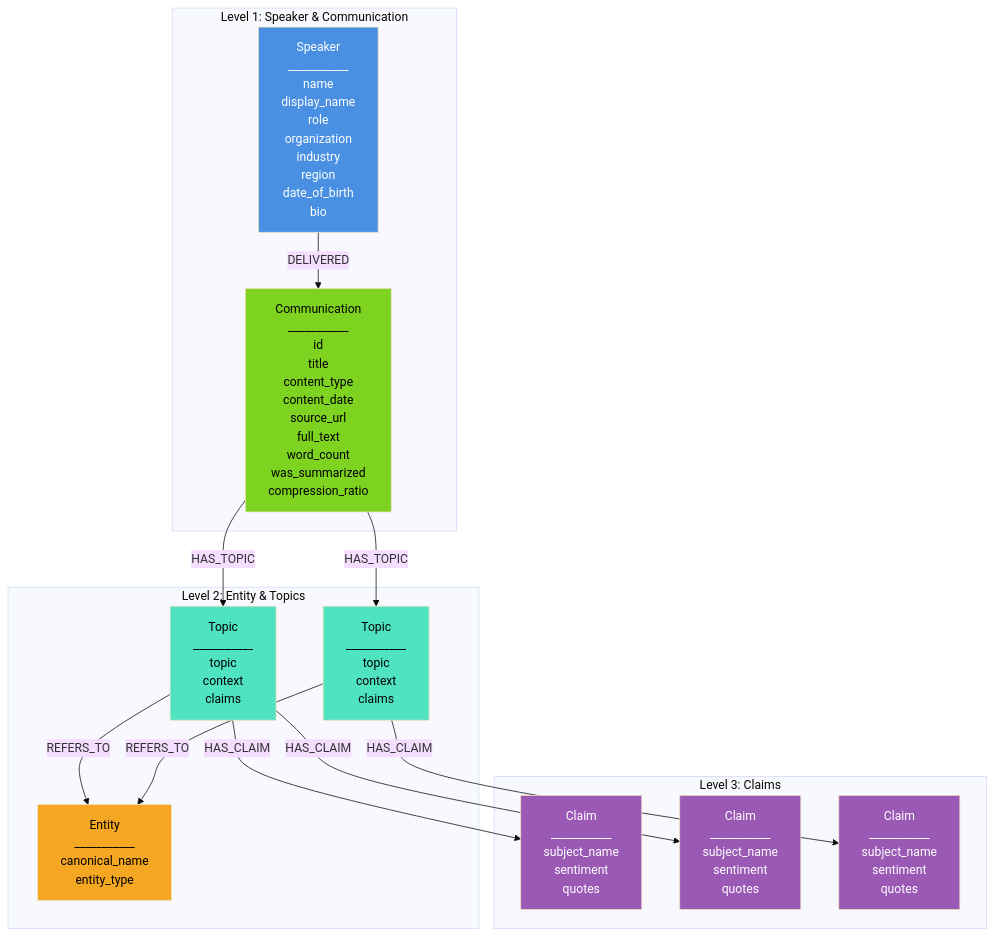
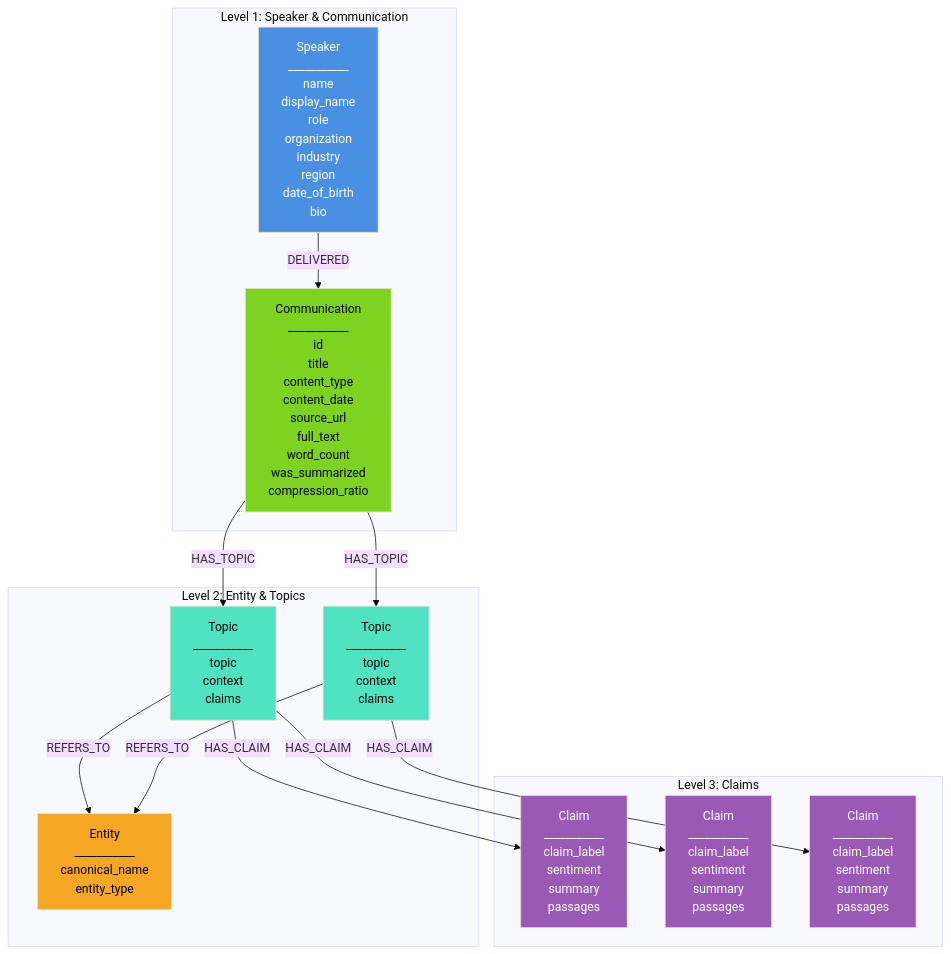
Before and after one commit to dmitriyratu/DiscourseKG: the diagram in documentation/kg/topology.md, drawn with Mermaid (base theme). The commit also changed other lines of this file and 40 other files, not shown here.

````diff
--- a/documentation/kg/topology.md
+++ b/documentation/kg/topology.md
@@ -17,37 +17,37 @@
 ```mermaid
 graph TB
     subgraph "Level 1: Speaker & Communication"
         S[Speaker<br/>___________<br/>name<br/>display_name<br/>role<br/>organization<br/>industry<br/>region<br/>date_of_birth<br/>bio]
         C[Communication<br/>___________<br/>id<br/>title<br/>content_type<br/>content_date<br/>source_url<br/>full_text<br/>word_count<br/>was_summarized<br/>compression_ratio]
     end
     
     subgraph "Level 2: Entity & Topics"
         E[Entity<br/>___________<br/>canonical_name<br/>entity_type]
         T1[Topic<br/>___________<br/>topic<br/>context<br/>claims]
         T2[Topic<br/>___________<br/>topic<br/>context<br/>claims]
     end
     
     subgraph "Level 3: Claims"
-        CL1[Claim<br/>___________<br/>subject_name<br/>sentiment<br/>quotes]
-        CL2[Claim<br/>___________<br/>subject_name<br/>sentiment<br/>quotes]
-        CL3[Claim<br/>___________<br/>subject_name<br/>sentiment<br/>quotes]
+        CL1[Claim<br/>___________<br/>claim_label<br/>sentiment<br/>summary<br/>passages]
+        CL2[Claim<br/>___________<br/>claim_label<br/>sentiment<br/>summary<br/>passages]
+        CL3[Claim<br/>___________<br/>claim_label<br/>sentiment<br/>summary<br/>passages]
     end
     
     S -->|DELIVERED| C
     C -->|HAS_TOPIC| T1
     C -->|HAS_TOPIC| T2
     T1 -->|REFERS_TO| E
     T2 -->|REFERS_TO| E
     T1 -->|HAS_CLAIM| CL1
     T1 -->|HAS_CLAIM| CL2
     T2 -->|HAS_CLAIM| CL3
     
     style S fill:#4A90E2,color:#fff
     style C fill:#7ED321,color:#000
     style E fill:#F5A623,color:#000
     style T1 fill:#50E3C2,color:#000
     style T2 fill:#50E3C2,color:#000
     style CL1 fill:#9B59B6,color:#fff
     style CL2 fill:#9B59B6,color:#fff
     style CL3 fill:#9B59B6,color:#fff
 ```
````
